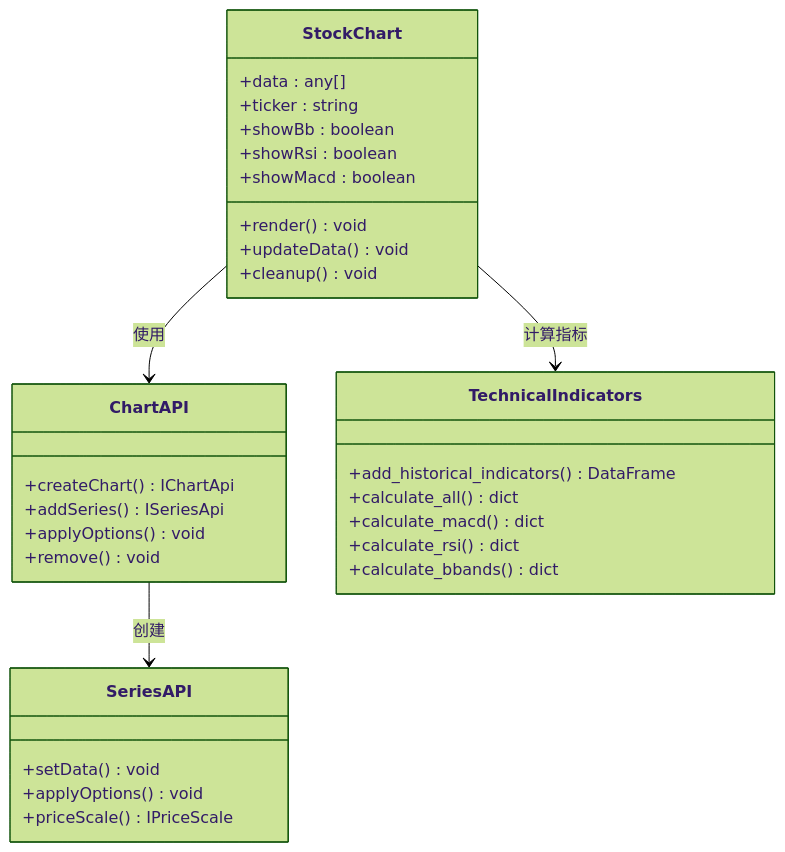
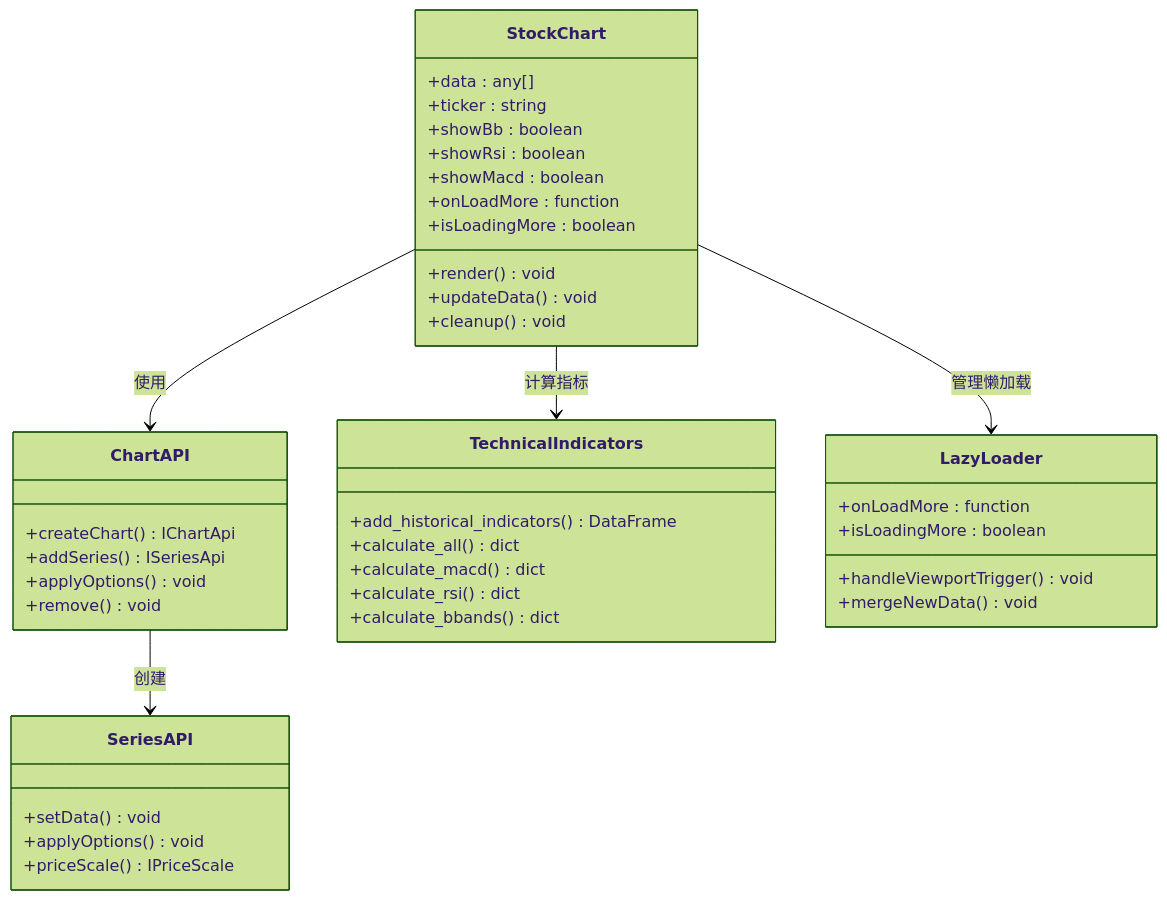
Before and after one commit to breeze-lyf/ai-stock-advisor: the third of 8 diagrams in .qoder/repowiki/zh/content/投资组合管理/前端集成与展示/高级图表可视化.md, drawn with Mermaid (forest theme). The commit also changed other lines of this file and 122 other files, not shown here.

````diff
--- a/.qoder/repowiki/zh/content/投资组合管理/前端集成与展示/高级图表可视化.md
+++ b/.qoder/repowiki/zh/content/投资组合管理/前端集成与展示/高级图表可视化.md
@@ -149,34 +160,43 @@
 ```mermaid
 classDiagram
 class StockChart {
 +data : any[]
 +ticker : string
 +showBb : boolean
 +showRsi : boolean
 +showMacd : boolean
++onLoadMore : function
++isLoadingMore : boolean
 +render() void
 +updateData() void
 +cleanup() void
 }
 class ChartAPI {
 +createChart() IChartApi
 +addSeries() ISeriesApi
 +applyOptions() void
 +remove() void
 }
 class SeriesAPI {
 +setData() void
 +applyOptions() void
 +priceScale() IPriceScale
 }
 class TechnicalIndicators {
 +add_historical_indicators() DataFrame
 +calculate_all() dict
 +calculate_macd() dict
 +calculate_rsi() dict
 +calculate_bbands() dict
 }
+class LazyLoader {
++onLoadMore : function
++isLoadingMore : boolean
++handleViewportTrigger() void
++mergeNewData() void
+}
 StockChart --> ChartAPI : 使用
 ChartAPI --> SeriesAPI : 创建
 StockChart --> TechnicalIndicators : 计算指标
+StockChart --> LazyLoader : 管理懒加载
 ```
````
